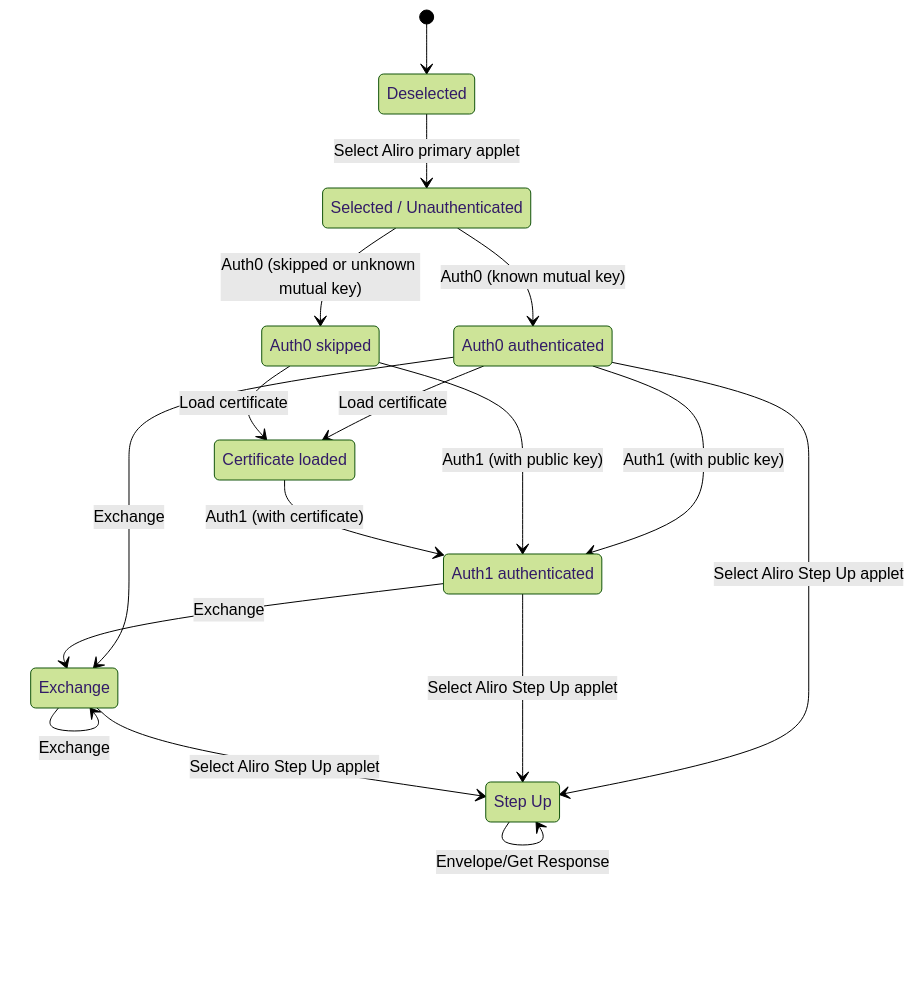
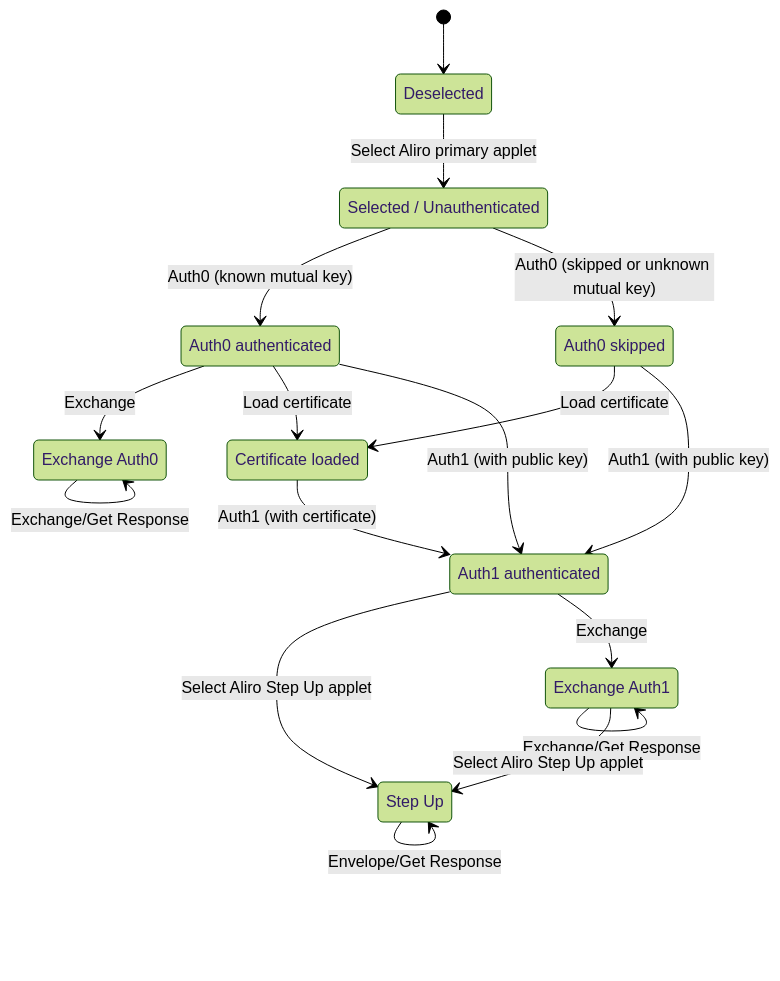
One commit to kormax/aliro changed the diagram in README.md. Above: the diagram before and after it, drawn with Mermaid (forest theme). The commit also changed other lines of this file, not shown here.

Commit message:
Add info on EXCHANGE

````diff
--- a/README.md
+++ b/README.md
@@ -40,34 +40,35 @@
 ```mermaid
 stateDiagram-v2
   state "Deselected" as Deselected
   state "Selected / Unauthenticated" as Unauth
   state "Auth0 authenticated" as Auth0Auth
   state "Auth0 skipped" as Auth0Skip
   state "Certificate loaded" as LoadCert
   state "Auth1 authenticated" as Auth1Auth
   state "Step Up" as StepUp
-  state "Exchange" as Exchange
+  state "Exchange Auth0" as ExchangeAuth0
+  state "Exchange Auth1" as ExchangeAuth1
 
   [*] --> Deselected
   Deselected --> Unauth : Select Aliro primary applet
   Unauth --> Auth0Auth : Auth0 (known mutual key)
   Unauth --> Auth0Skip : Auth0 (skipped or unknown mutual key)
 
+  Auth0Auth --> ExchangeAuth0 : Exchange
+  ExchangeAuth0 --> ExchangeAuth0 : Exchange/Get Response
   Auth0Auth --> LoadCert : Load certificate
   Auth0Auth --> Auth1Auth : Auth1 (with public key)
-  Auth0Auth --> Exchange : Exchange
-  Auth0Auth --> StepUp : Select Aliro Step Up applet
 
   Auth0Skip --> LoadCert : Load certificate
   Auth0Skip --> Auth1Auth : Auth1 (with public key)
 
   LoadCert --> Auth1Auth : Auth1 (with certificate)
 
   Auth1Auth --> StepUp : Select Aliro Step Up applet
-  Auth1Auth --> Exchange : Exchange
+  Auth1Auth --> ExchangeAuth1 : Exchange
 
-  Exchange --> Exchange : Exchange
-  Exchange --> StepUp : Select Aliro Step Up applet
+  ExchangeAuth1 --> ExchangeAuth1 : Exchange/Get Response
+  ExchangeAuth1 --> StepUp : Select Aliro Step Up applet
 
   StepUp --> StepUp : Envelope/Get Response
 ```
````
